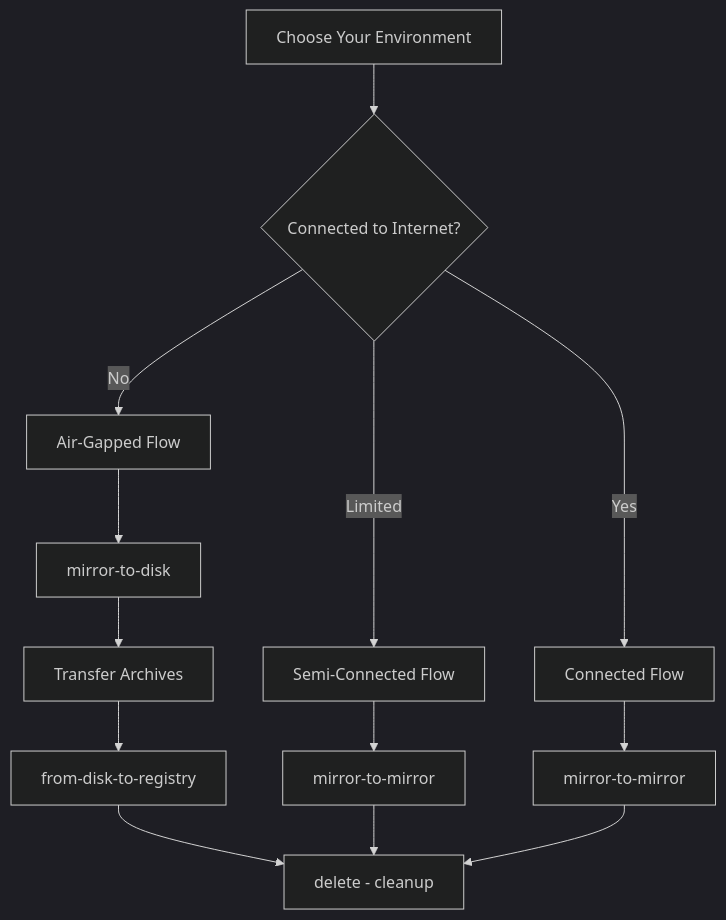
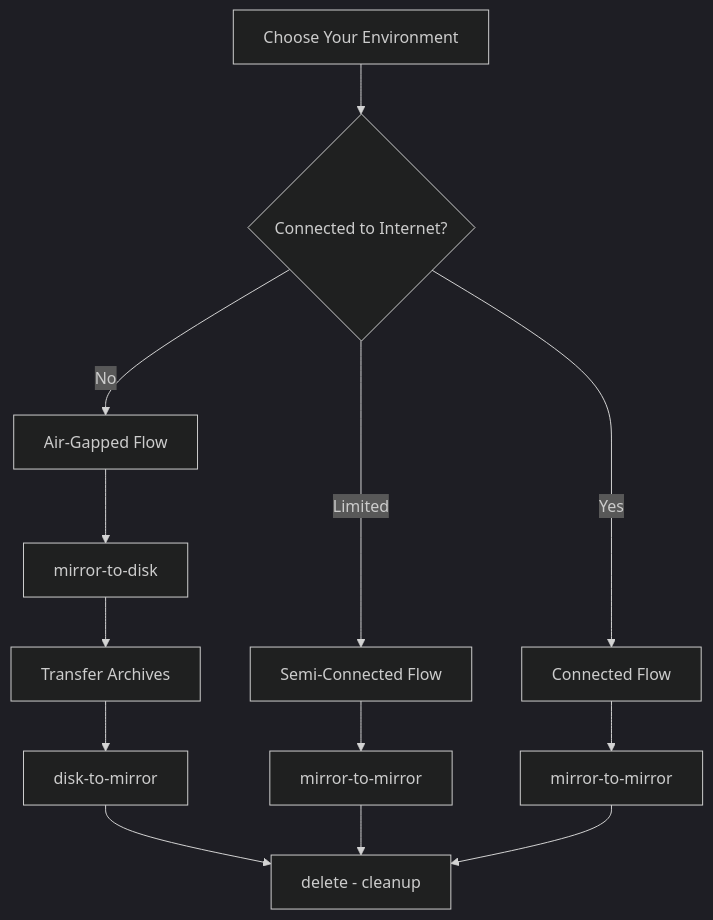
Before and after one commit to RedHatGov/oc-mirror-hackathon: the diagram in docs/flows/README.md, drawn with Mermaid (dark theme). The commit also changed other lines of this file and 11 other files, not shown here.

````diff
--- a/docs/flows/README.md
+++ b/docs/flows/README.md
@@ -31,18 +31,18 @@
 ```mermaid
 flowchart TD
     A[Choose Your Environment] --> B{Connected to Internet?}
     B -->|No| C[Air-Gapped Flow]
     B -->|Limited| D[Semi-Connected Flow]
     B -->|Yes| E[Connected Flow]
     
     C --> F[mirror-to-disk]
     F --> G[Transfer Archives]
-    G --> H[from-disk-to-registry]
+    G --> H[disk-to-mirror]
     
     D --> I[mirror-to-mirror]
     E --> J[mirror-to-mirror]
     
     H --> K[delete - cleanup]
     I --> K
     J --> K
 ```
````
